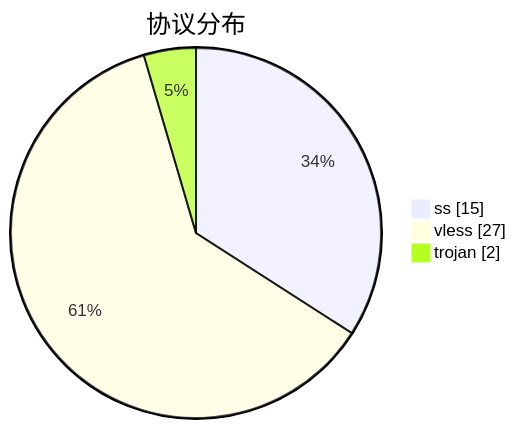
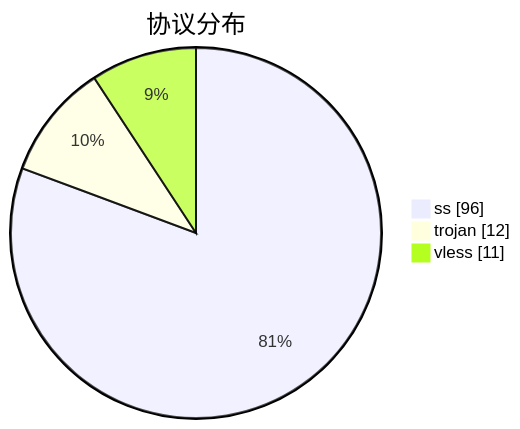
One commit to qjlxg/airport changed the third of 3 diagrams in subs/statistics/tested_within.md. Above: the diagram before and after it, drawn with Mermaid. The commit also changed other lines of this file and 2 other files, not shown here.

````diff
--- a/subs/statistics/tested_within.md
+++ b/subs/statistics/tested_within.md
@@ -24,7 +27,7 @@
 ```mermaid
 pie showData
 title 协议分布
-"ss" : 15
-"vless" : 27
-"trojan" : 2
+"ss" : 96
+"trojan" : 12
+"vless" : 11
 ```
````
